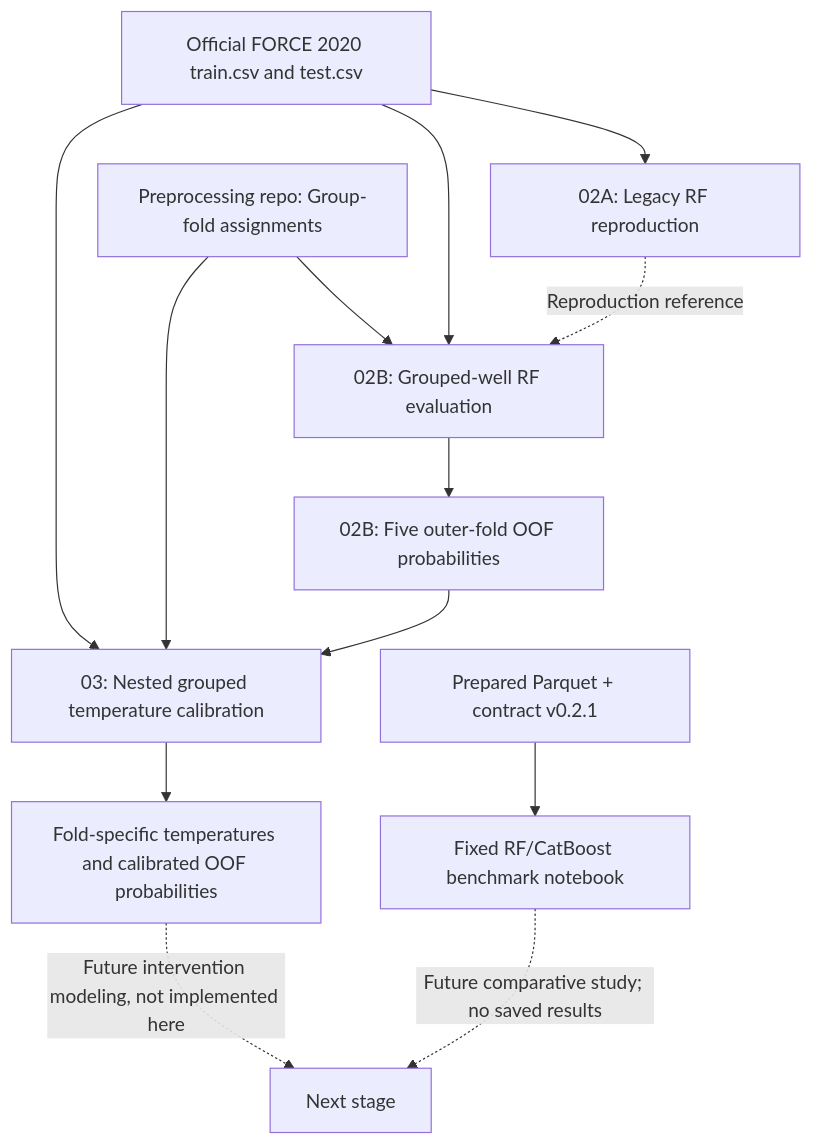
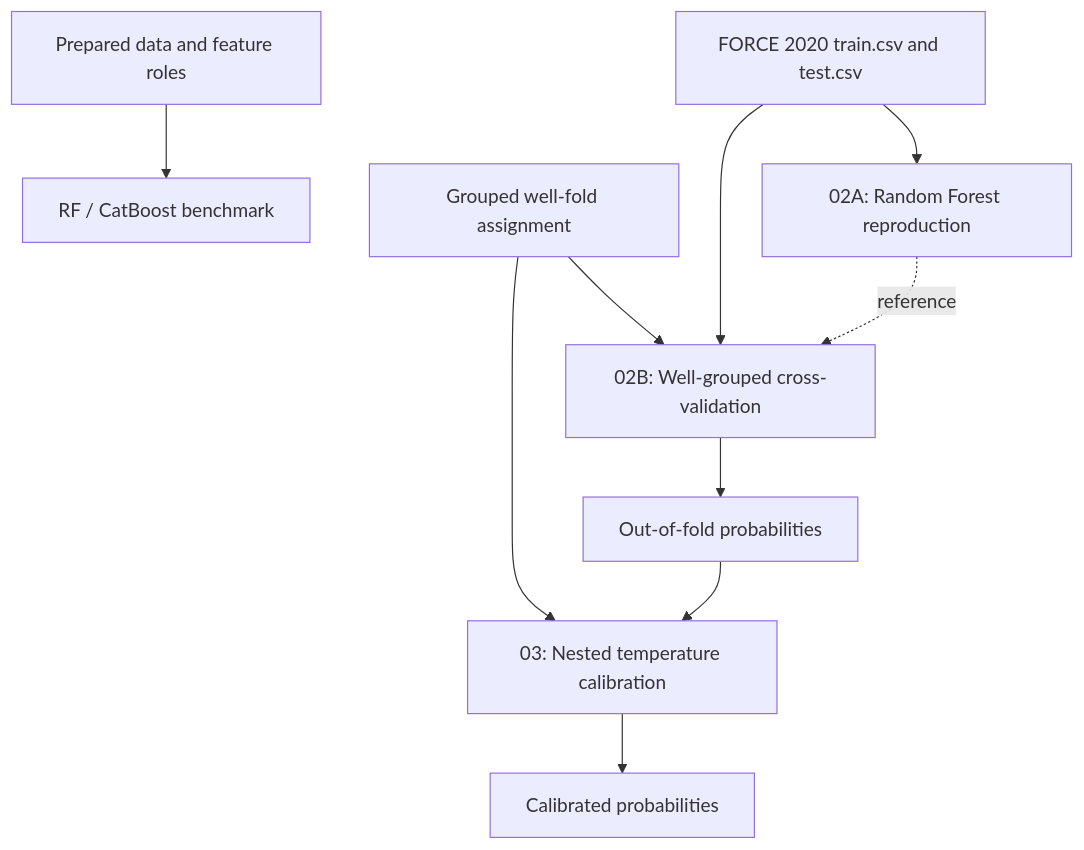
The diagram in README.md (Mohaddesemoghaddam/FORCE2020-Lithology-Benchmarks-and-Calibration), drawn with Mermaid before and after one commit. The commit also changed other lines of this file, not shown here.

````diff
--- a/README.md
+++ b/README.md
@@ -31,15 +27,12 @@
 ```mermaid
 flowchart TD
-    A[Official FORCE 2020 train.csv and test.csv] --> B[02A: Legacy RF reproduction]
-    A --> C[02B: Grouped-well RF evaluation]
-    D[Preprocessing repo: Group-fold assignments] --> C
-    C --> E[02B: Five outer-fold OOF probabilities]
-    E --> F[03: Nested grouped temperature calibration]
-    A --> F
+    A[FORCE 2020 train.csv and test.csv] --> B[02A: Random Forest reproduction]
+    A --> C[02B: Well-grouped cross-validation]
+    D[Grouped well-fold assignment] --> C
+    C --> E[Out-of-fold probabilities]
+    E --> F[03: Nested temperature calibration]
     D --> F
-    F --> G[Fold-specific temperatures and calibrated OOF probabilities]
-    H[Prepared Parquet + contract v0.2.1] --> I[Fixed RF/CatBoost benchmark notebook]
-    B -. Reproduction reference .-> C
-    G -. Future intervention modeling, not implemented here .-> J[Next stage]
-    I -. Future comparative study; no saved results .-> J
+    F --> G[Calibrated probabilities]
+    H[Prepared data and feature roles] --> I[RF / CatBoost benchmark]
+    B -. reference .-> C
 ```
````
